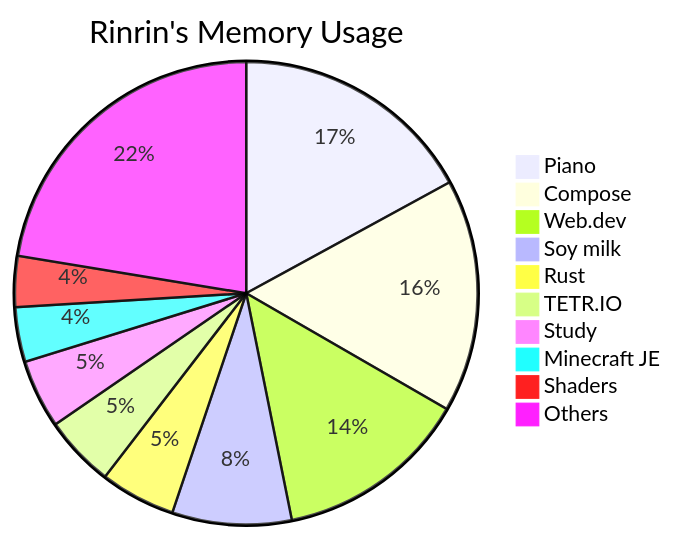
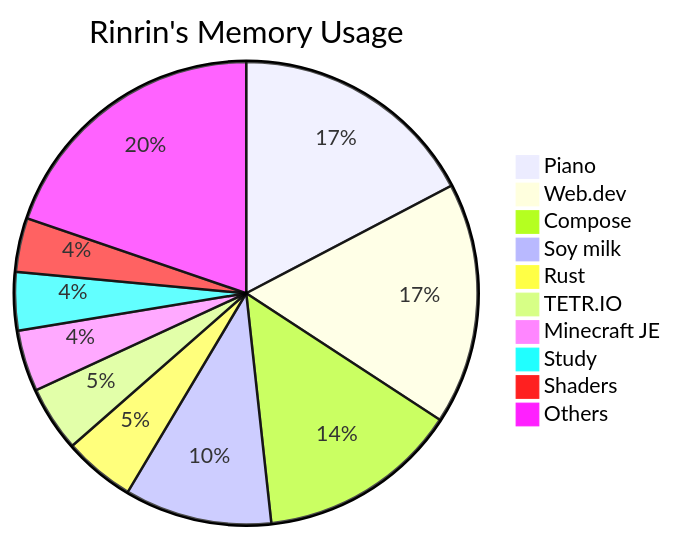
One commit to Rinrin0413/Rinrin0413 changed the diagram in README.md. Above: the diagram before and after it, drawn with Mermaid.

Commit message:
🛠 Update: Rinrin's Memory Usage

````diff
--- a/README.md
+++ b/README.md
@@ -76,13 +76,13 @@
 ```mermaid
 pie title Rinrin's Memory Usage
-    "Piano": 178
-    "Compose": 170
-    "Web.dev": 141
-    "Soy milk": 87
-    "Rust": 55
-    "TETR.IO": 52
-    "Study": 50
-    "Minecraft JE": 40
+    "Piano": 170
+    "Web.dev": 166
+    "Compose": 138
+    "Soy milk": 101
+    "Rust": 49
+    "TETR.IO": 45
+    "Minecraft JE": 42
+    "Study": 40
     "Shaders": 37
-    "Others": 234
+    "Others": 194
 ```
````
